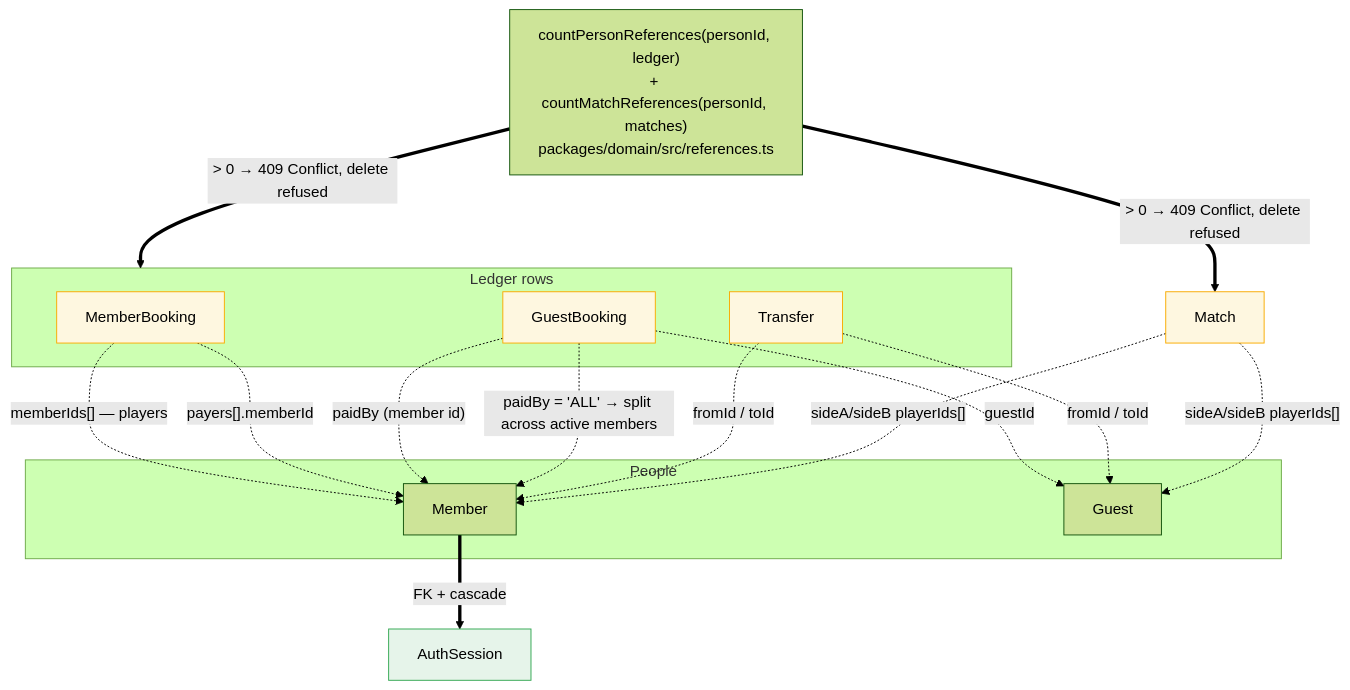
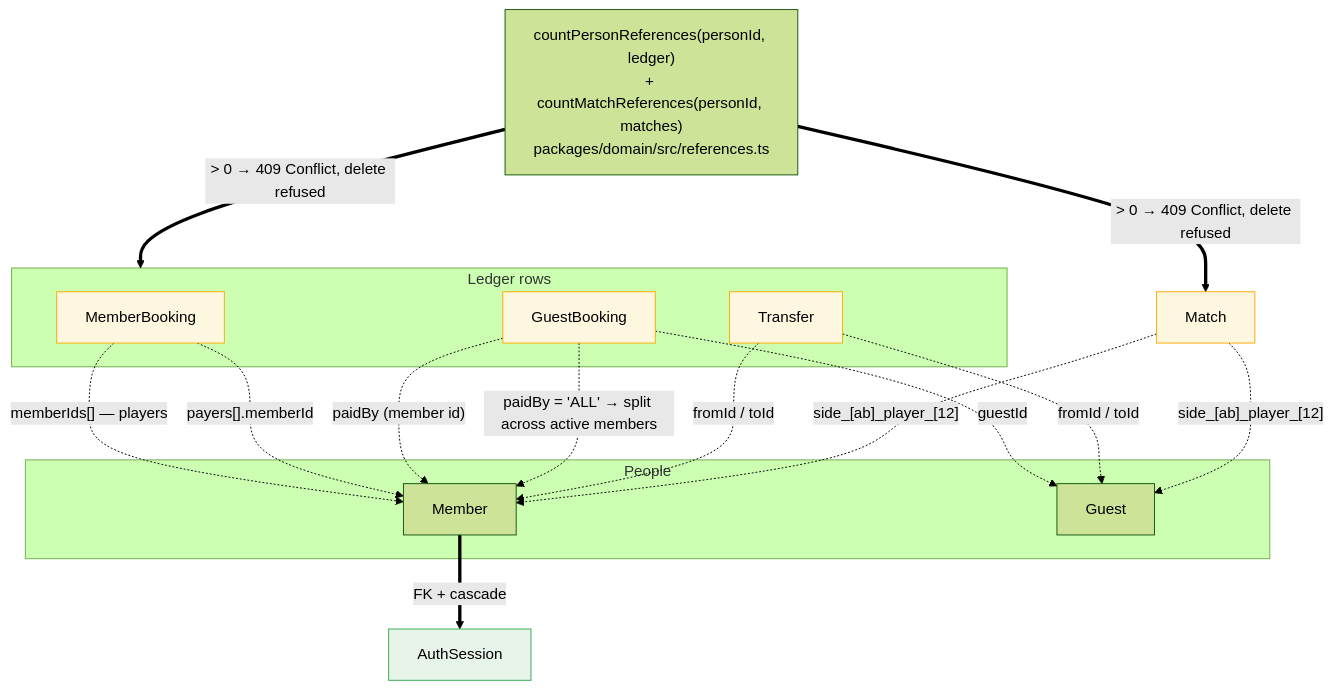
The second of 5 diagrams in docs/models.md (RobinNagpal/courtpot), drawn with Mermaid (forest theme) before and after one commit. The commit also changed other lines of this file and 6 other files, not shown here.

````diff
--- a/docs/models.md
+++ b/docs/models.md
@@ -113,37 +117,37 @@
 ```mermaid
 flowchart TD
     subgraph people["People"]
         M["Member"]
         G["Guest"]
     end
 
     subgraph rows["Ledger rows"]
         MB["MemberBooking"]
         GB["GuestBooking"]
         T["Transfer"]
     end
 
     MA["Match"]
     S["AuthSession"]
 
     M ==>|"FK + cascade"| S
 
     MB -.->|"memberIds[] — players"| M
     MB -.->|"payers[].memberId"| M
     GB -.->|"guestId"| G
     GB -.->|"paidBy (member id)"| M
     GB -.->|"paidBy = 'ALL' → split across active members"| M
     T -.->|"fromId / toId"| M
     T -.->|"fromId / toId"| G
-    MA -.->|"sideA/sideB playerIds[]"| M
-    MA -.->|"sideA/sideB playerIds[]"| G
+    MA -.->|"side_[ab]_player_[12]"| M
+    MA -.->|"side_[ab]_player_[12]"| G
 
     guard["countPersonReferences(personId, ledger)<br/>+ countMatchReferences(personId, matches)<br/>packages/domain/src/references.ts"]
     guard ==>|"> 0 → 409 Conflict, delete refused"| rows
     guard ==>|"> 0 → 409 Conflict, delete refused"| MA
 
     classDef solidCls fill:#e6f4ea,stroke:#34a853
     classDef dashCls fill:#fef7e0,stroke:#f9ab00
     class S solidCls
     class MB,GB,T,MA dashCls
 ```
````
